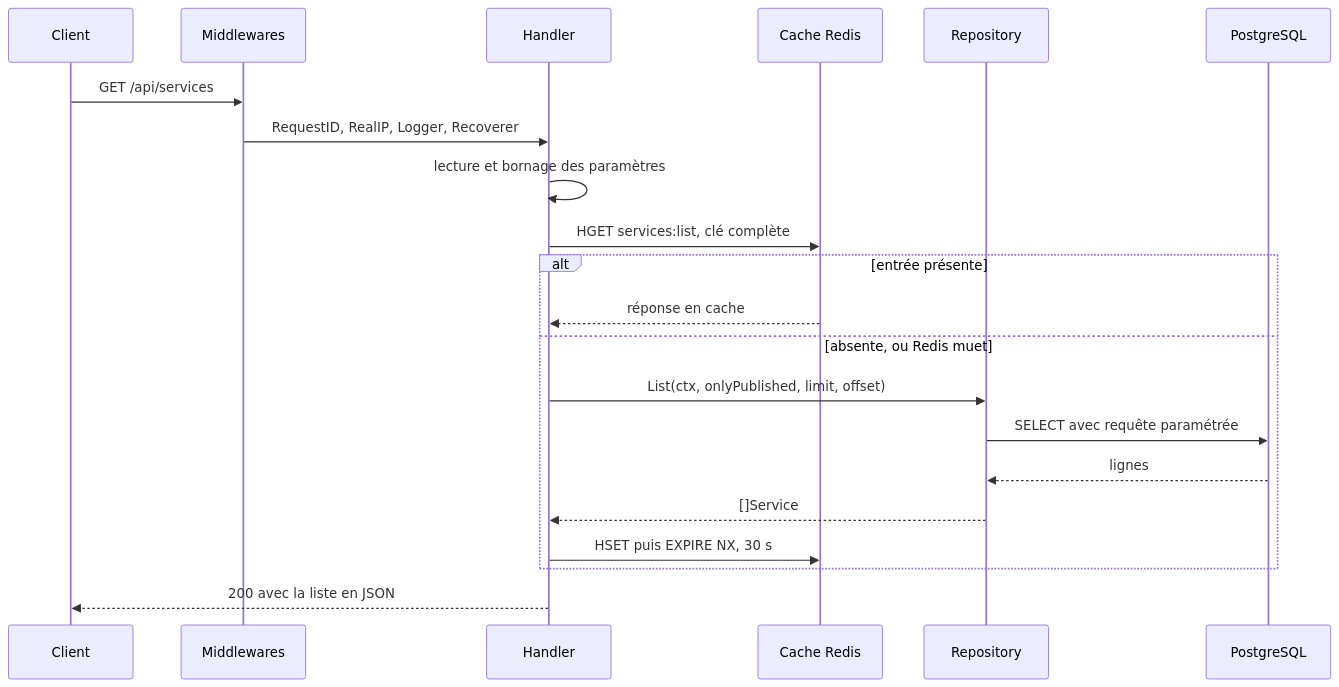
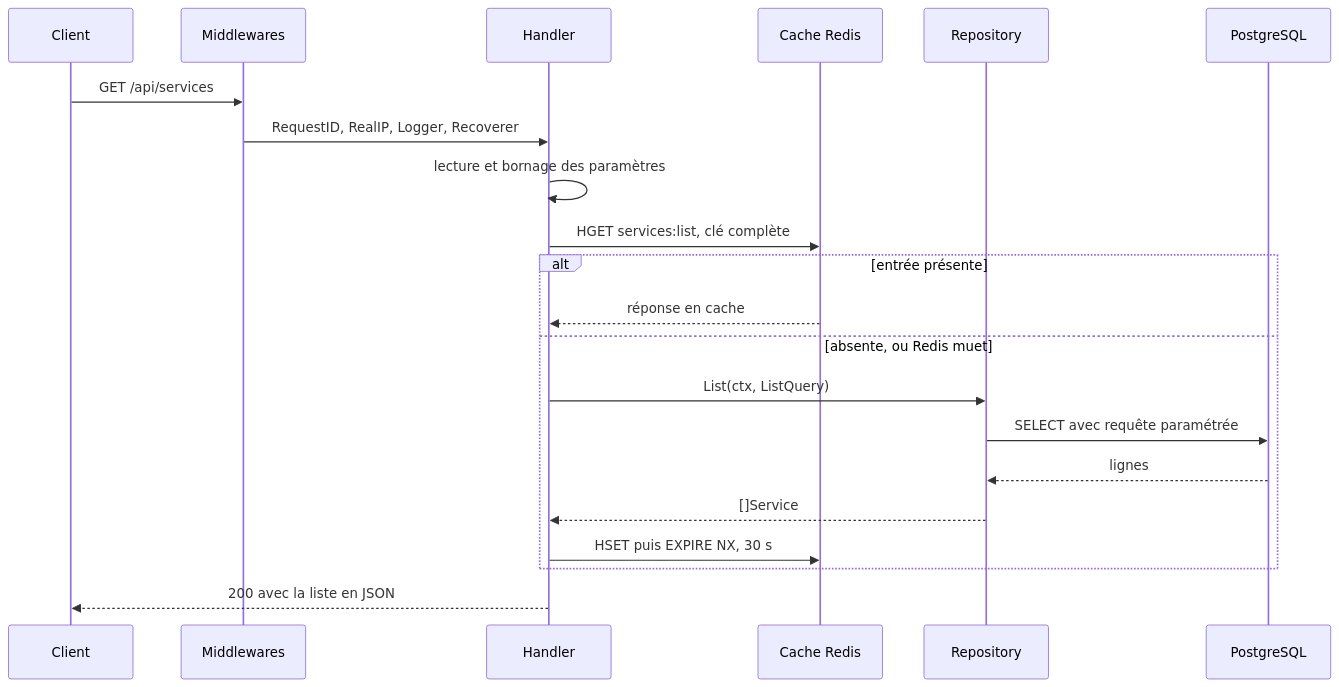
Before and after one commit to sofianealhoz/corporate-service-portal: the third of 3 diagrams in README.md, drawn with Mermaid. The commit also changed other lines of this file and 5 other files, not shown here.

````diff
--- a/README.md
+++ b/README.md
@@ -235,24 +240,24 @@
 ```mermaid
 sequenceDiagram
     participant C as Client
     participant M as Middlewares
     participant H as Handler
     participant K as Cache Redis
     participant R as Repository
     participant DB as PostgreSQL
 
     C->>M: GET /api/services
     M->>H: RequestID, RealIP, Logger, Recoverer
     H->>H: lecture et bornage des paramètres
     H->>K: HGET services:list, clé complète
     alt entrée présente
         K-->>H: réponse en cache
     else absente, ou Redis muet
-        H->>R: List(ctx, onlyPublished, limit, offset)
+        H->>R: List(ctx, ListQuery)
         R->>DB: SELECT avec requête paramétrée
         DB-->>R: lignes
         R-->>H: []Service
         H->>K: HSET puis EXPIRE NX, 30 s
     end
     H-->>C: 200 avec la liste en JSON
 ```
````
